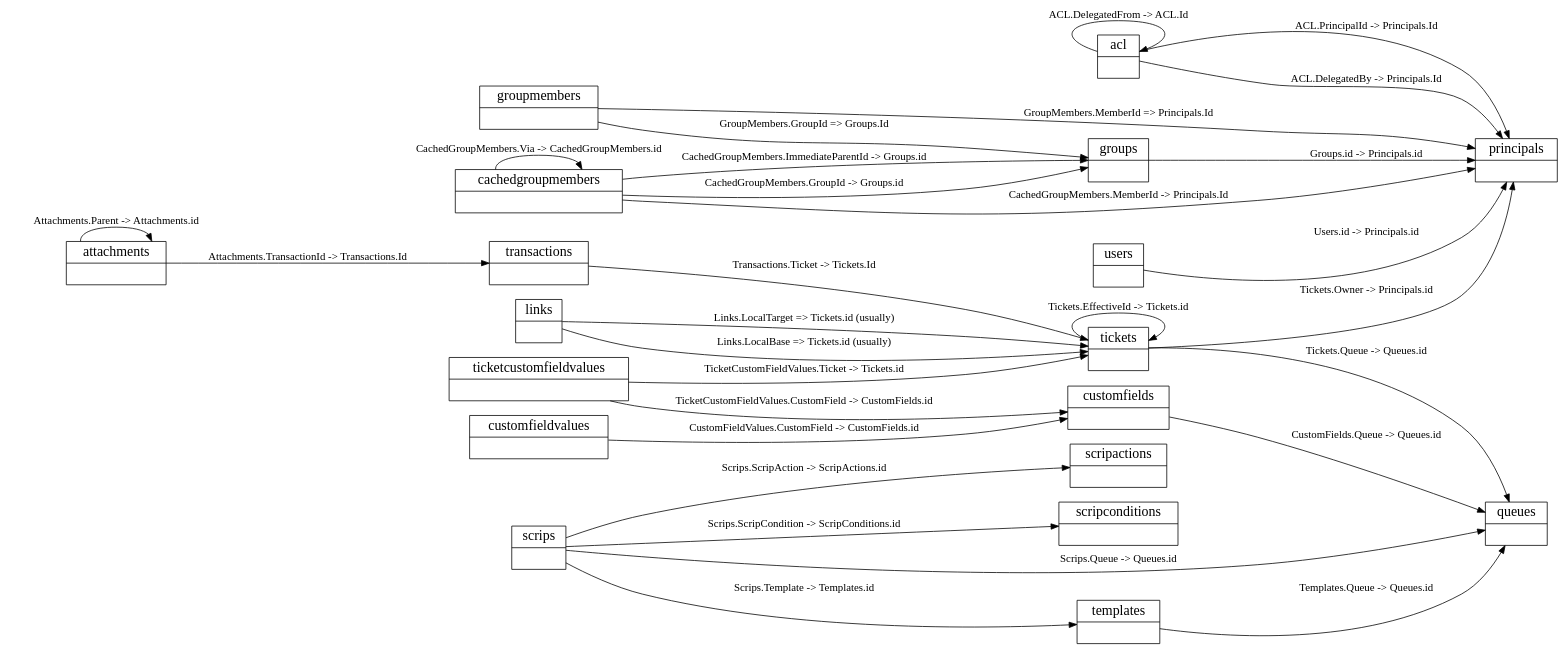
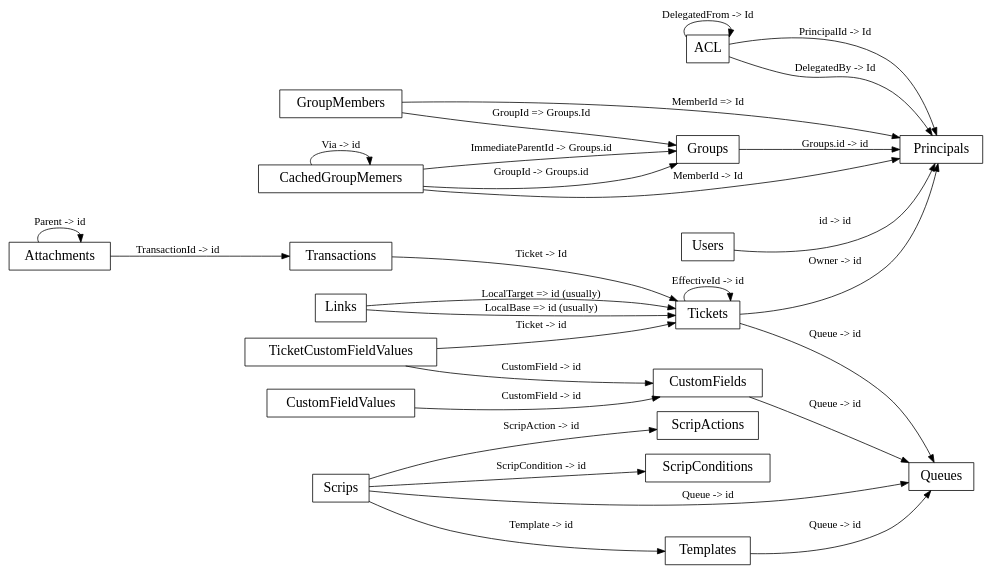
One commit to bestpractical/rt changed the diagram in docs/rt3-schema-relationships.dot. Above: the diagram before and after it, drawn with Graphviz.

Commit message:
more work on the schema diagram

```diff
--- a/docs/rt3-schema-relationships.dot
+++ b/docs/rt3-schema-relationships.dot
@@ -1,81 +1,81 @@
 digraph g {
 graph [
 rankdir = "LR",
 concentrate = true,
 ratio = auto
 ];
 node [
 fontsize = "18",
 shape = record, fontsize = 18
 ];
 edge [
 ];
 
-"acl" [shape = record, fontsize = 18, label = "<col0> \N |" ];
-"acl" -> "principals" [label="ACL.PrincipalId -> Principals.Id"];
-"acl" -> "principals" [label="ACL.DelegatedBy -> Principals.Id"];
-"acl" -> "acl" [label="ACL.DelegatedFrom -> ACL.Id"];
+"ACL" [shape = record, fontsize = 18, label = "<col0> \N " ];
+"ACL" -> "Principals" [label="PrincipalId -> Id"];
+"ACL" -> "Principals" [label="DelegatedBy -> Id"];
+"ACL" -> "ACL" [label="DelegatedFrom -> Id"];
 
-"attachments" [shape = record, fontsize = 18, label = "<col0> \N |" ];
-"attachments" -> "transactions" [label="Attachments.TransactionId -> Transactions.Id"];
-"attachments" -> "attachments" [label="Attachments.Parent -> Attachments.id"];
+"Attachments" [shape = record, fontsize = 18, label = "<col0> \N " ];
+"Attachments" -> "Transactions" [label="TransactionId -> id"];
+"Attachments" -> "Attachments" [label="Parent -> id"];
 
-"cachedgroupmembers" [shape = record, fontsize = 18, label = "<col0> \N |" ];
-"cachedgroupmembers" -> "groups" [label="CachedGroupMembers.GroupId -> Groups.id"];
-"cachedgroupmembers" -> "principals" [label="CachedGroupMembers.MemberId -> Principals.Id"];
-"cachedgroupmembers" -> "cachedgroupmembers" [label="CachedGroupMembers.Via -> CachedGroupMembers.id"];
-"cachedgroupmembers" -> "groups" [label="CachedGroupMembers.ImmediateParentId -> Groups.id"];
+"CachedGroupMemers" [shape = record, fontsize = 18, label = "<col0> \N " ];
+"CachedGroupMemers" -> "Groups" [label="GroupId -> Groups.id"];
+"CachedGroupMemers" -> "Principals" [label="MemberId -> Id"];
+"CachedGroupMemers" -> "CachedGroupMemers" [label="Via -> id"];
+"CachedGroupMemers" -> "Groups" [label="ImmediateParentId -> Groups.id"];
 
-"customfields" [shape = record, fontsize = 18, label = "<col0> \N |" ];
-"customfields" -> "queues" [label="CustomFields.Queue -> Queues.id"];
+"CustomFields" [shape = record, fontsize = 18, label = "<col0> \N " ];
+"CustomFields" -> "Queues" [label="Queue -> id"];
 
-"customfieldvalues" [shape = record, fontsize = 18, label = "<col0> \N |" ];
-"customfieldvalues" -> "customfields" [label="CustomFieldValues.CustomField -> CustomFields.id"];
+"CustomFieldValues" [shape = record, fontsize = 18, label = "<col0> \N " ];
+"CustomFieldValues" -> "CustomFields" [label="CustomField -> id"];
 
-"groupmembers" [shape = record, fontsize = 18, label = "<col0> \N |" ];
-"groupmembers" -> "groups" [label="GroupMembers.GroupId => Groups.Id"];
-"groupmembers" -> "principals" [label="GroupMembers.MemberId => Principals.Id"];
+"GroupMembers" [shape = record, fontsize = 18, label = "<col0> \N " ];
+"GroupMembers" -> "Groups" [label="GroupId => Groups.Id"];
+"GroupMembers" -> "Principals" [label="MemberId => Id"];
 
-"groups" [shape = record, fontsize = 18, label = "<col0> \N |" ];
-"groups" -> "principals" [label="Groups.id -> Principals.id"];
+"Groups" [shape = record, fontsize = 18, label = "<col0> \N " ];
+"Groups" -> "Principals" [label="Groups.id -> id"];
 
-"links" [shape = record, fontsize = 18, label = "<col0> \N |" ];
-"links" -> "tickets" [label="Links.LocalBase => Tickets.id (usually)"];
-"links" -> "tickets" [label="Links.LocalTarget => Tickets.id (usually)"];
+"Links" [shape = record, fontsize = 18, label = "<col0> \N " ];
+"Links" -> "Tickets" [label="LocalBase => id (usually)"];
+"Links" -> "Tickets" [label="LocalTarget => id (usually)"];
 
-"principals" [shape = record, fontsize = 18, label = "<col0> \N |" ];
+"Principals" [shape = record, fontsize = 18, label = "<col0> \N " ];
 
 
-"queues" [shape = record, fontsize = 18, label = "<col0> \N |" ];
+"Queues" [shape = record, fontsize = 18, label = "<col0> \N " ];
 
-"scripactions" [shape = record, fontsize = 18, label = "<col0> \N |" ];
+"ScripActions" [shape = record, fontsize = 18, label = "<col0> \N " ];
 
-"scripconditions" [shape = record, fontsize = 18, label = "<col0> \N |" ];
+"ScripConditions" [shape = record, fontsize = 18, label = "<col0> \N " ];
 
-"scrips" [shape = record, fontsize = 18, label = "<col0> \N |" ];
-"scrips" -> "scripconditions" [label="Scrips.ScripCondition -> ScripConditions.id"];
-"scrips" -> "scripactions" [label="Scrips.ScripAction -> ScripActions.id"];
-"scrips" -> "templates" [label="Scrips.Template -> Templates.id"];
-"scrips" -> "queues" [label="Scrips.Queue -> Queues.id"];
+"Scrips" [shape = record, fontsize = 18, label = "<col0> \N " ];
+"Scrips" -> "ScripConditions" [label="ScripCondition -> id"];
+"Scrips" -> "ScripActions" [label="ScripAction -> id"];
+"Scrips" -> "Templates" [label="Template -> id"];
+"Scrips" -> "Queues" [label="Queue -> id"];
 
-"templates" [shape = record, fontsize = 18, label = "<col0> \N |" ];
-"templates" -> "queues" [label ="Templates.Queue -> Queues.id" ];
+"Templates" [shape = record, fontsize = 18, label = "<col0> \N " ];
+"Templates" -> "Queues" [label ="Queue -> id" ];
 
-"ticketcustomfieldvalues" [shape = record, fontsize = 18, label = "<col0> \N |" ];
-"ticketcustomfieldvalues" -> "tickets" [label="TicketCustomFieldValues.Ticket -> Tickets.id"];
-"ticketcustomfieldvalues" -> "customfields" [label="TicketCustomFieldValues.CustomField -> CustomFields.id"];
+"TicketCustomFieldValues" [shape = record, fontsize = 18, label = "<col0> \N " ];
+"TicketCustomFieldValues" -> "Tickets" [label="Ticket -> id"];
+"TicketCustomFieldValues" -> "CustomFields" [label="CustomField -> id"];
 
-"tickets" [shape = record, fontsize = 18, label = "<col0> \N |" ];
-"tickets" -> "tickets" [label="Tickets.EffectiveId -> Tickets.id"];
-"tickets" -> "queues" [label="Tickets.Queue -> Queues.id"];
-"tickets" -> "principals" [label="Tickets.Owner -> Principals.id"];
+"Tickets" [shape = record, fontsize = 18, label = "<col0> \N " ];
+"Tickets" -> "Tickets" [label="EffectiveId -> id"];
+"Tickets" -> "Queues" [label="Queue -> id"];
+"Tickets" -> "Principals" [label="Owner -> id"];
 
-"transactions" [shape = record, fontsize = 18, label = "<col0> \N |" ];
-"transactions" -> "tickets" [label="Transactions.Ticket -> Tickets.Id"];
+"Transactions" [shape = record, fontsize = 18, label = "<col0> \N " ];
+"Transactions" -> "Tickets" [label="Ticket -> Id"];
 
-"users" [shape = record, fontsize = 18, label = "<col0> \N |" ];
+"Users" [shape = record, fontsize = 18, label = "<col0> \N " ];
 
-"users" -> "principals" [label="Users.id -> Principals.id"];
+"Users" -> "Principals" [label="id -> id"];
 
 
 }
```
